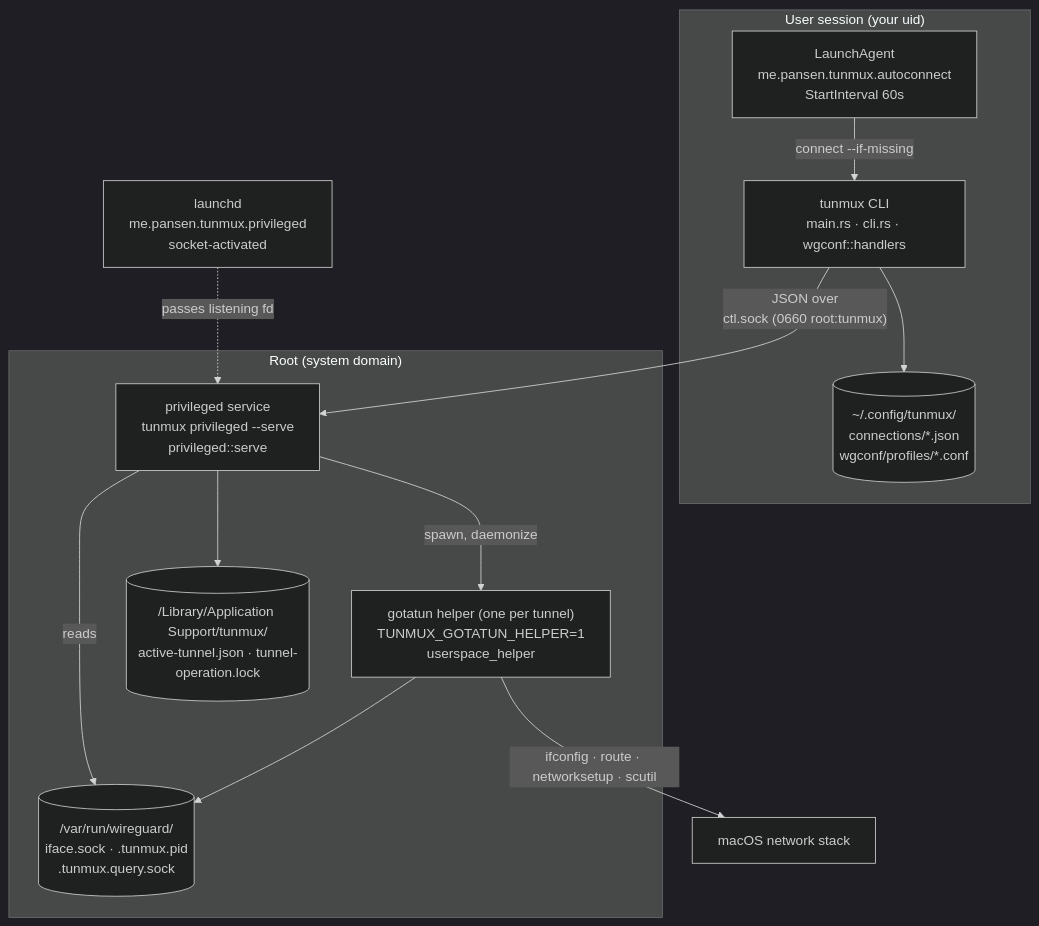
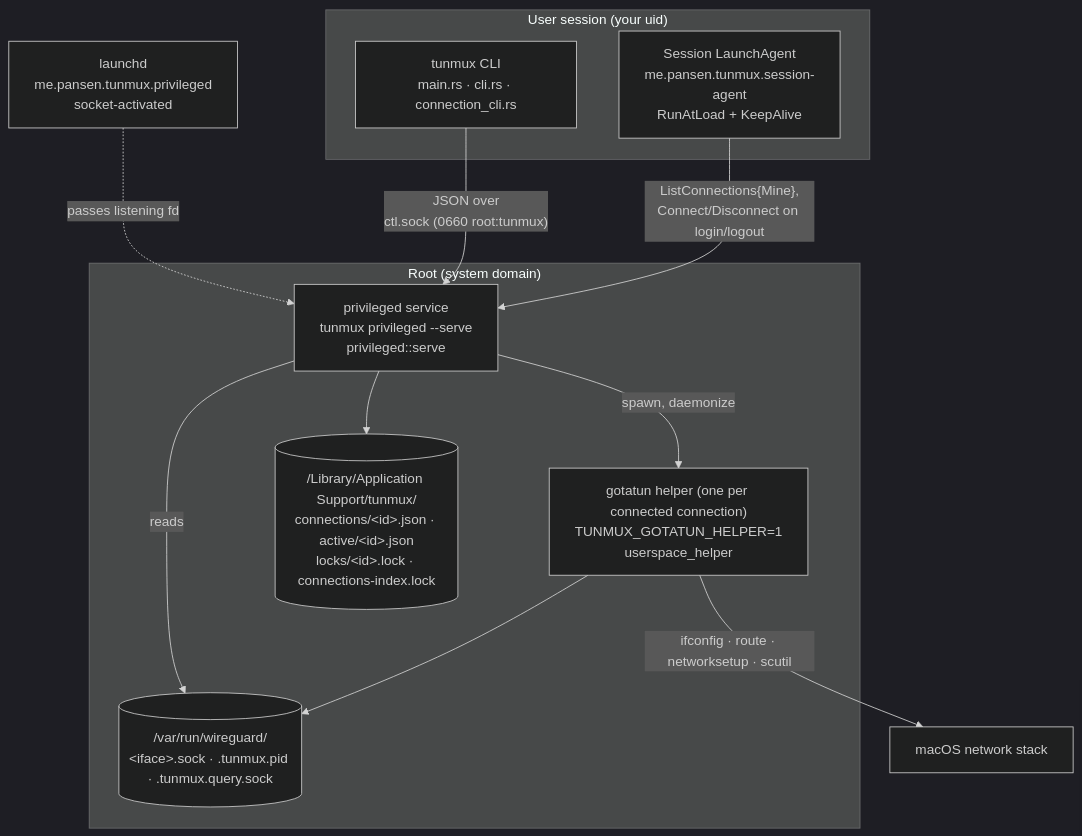
One commit to pansen/macos-wireguard-daemon changed the first of 11 diagrams in doc/architecture.md. Above: the diagram before and after it, drawn with Mermaid (dark theme). The commit also changed other lines of this file and 1 other file, not shown here.

````diff
--- a/doc/architecture.md
+++ b/doc/architecture.md
@@ -31,27 +23,25 @@
 ```mermaid
 flowchart TB
     subgraph user["User session (your uid)"]
-        CLI["tunmux CLI<br/>main.rs · cli.rs · wgconf::handlers"]
-        AGENT["LaunchAgent<br/>me.pansen.tunmux.autoconnect<br/>StartInterval 60s"]
-        STATE[("~/.config/tunmux/<br/>connections/*.json<br/>wgconf/profiles/*.conf")]
+        CLI["tunmux CLI<br/>main.rs · cli.rs · connection_cli.rs"]
+        AGENT["Session LaunchAgent<br/>me.pansen.tunmux.session-agent<br/>RunAtLoad + KeepAlive"]
     end
 
     subgraph root["Root (system domain)"]
         DAEMON["privileged service<br/>tunmux privileged --serve<br/>privileged::serve"]
-        HELPER["gotatun helper (one per tunnel)<br/>TUNMUX_GOTATUN_HELPER=1<br/>userspace_helper"]
-        RSTATE[("/Library/Application Support/tunmux/<br/>active-tunnel.json · tunnel-operation.lock")]
-        RUN[("/var/run/wireguard/<br/>iface.sock · .tunmux.pid<br/>.tunmux.query.sock")]
+        HELPER["gotatun helper (one per connected connection)<br/>TUNMUX_GOTATUN_HELPER=1<br/>userspace_helper"]
+        STORE[("/Library/Application Support/tunmux/<br/>connections/&lt;id&gt;.json · active/&lt;id&gt;.json<br/>locks/&lt;id&gt;.lock · connections-index.lock")]
+        RUN[("/var/run/wireguard/<br/>&lt;iface&gt;.sock · .tunmux.pid · .tunmux.query.sock")]
     end
 
     LD["launchd<br/>me.pansen.tunmux.privileged<br/>socket-activated"]
 
-    AGENT -->|"connect --if-missing"| CLI
+    AGENT -->|"ListConnections{Mine},<br/>Connect/Disconnect on login/logout"| DAEMON
     CLI -->|"JSON over<br/>ctl.sock (0660 root:tunmux)"| DAEMON
-    CLI --> STATE
     LD -.->|"passes listening fd"| DAEMON
     DAEMON -->|"spawn, daemonize"| HELPER
-    DAEMON --> RSTATE
+    DAEMON --> STORE
     HELPER --> RUN
     DAEMON -->|"reads"| RUN
     HELPER -->|"ifconfig · route · networksetup · scutil"| SYS["macOS network stack"]
 ```
````
